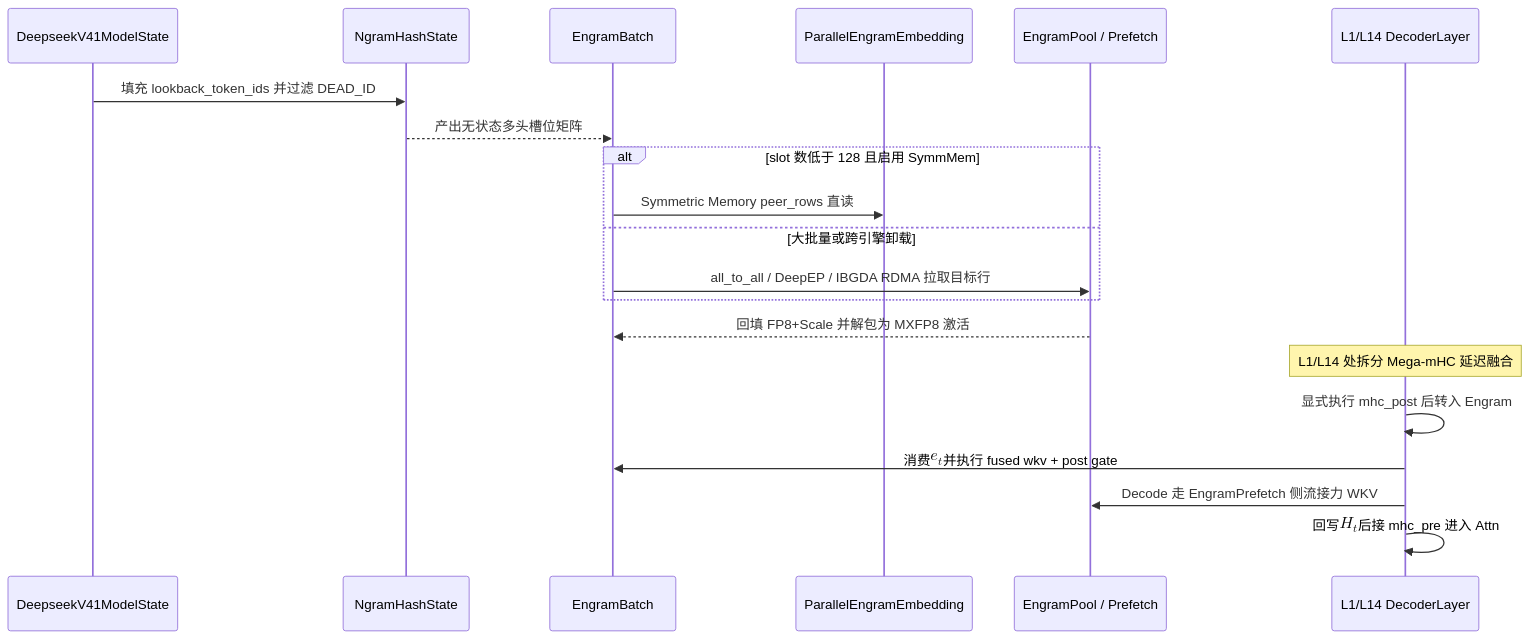
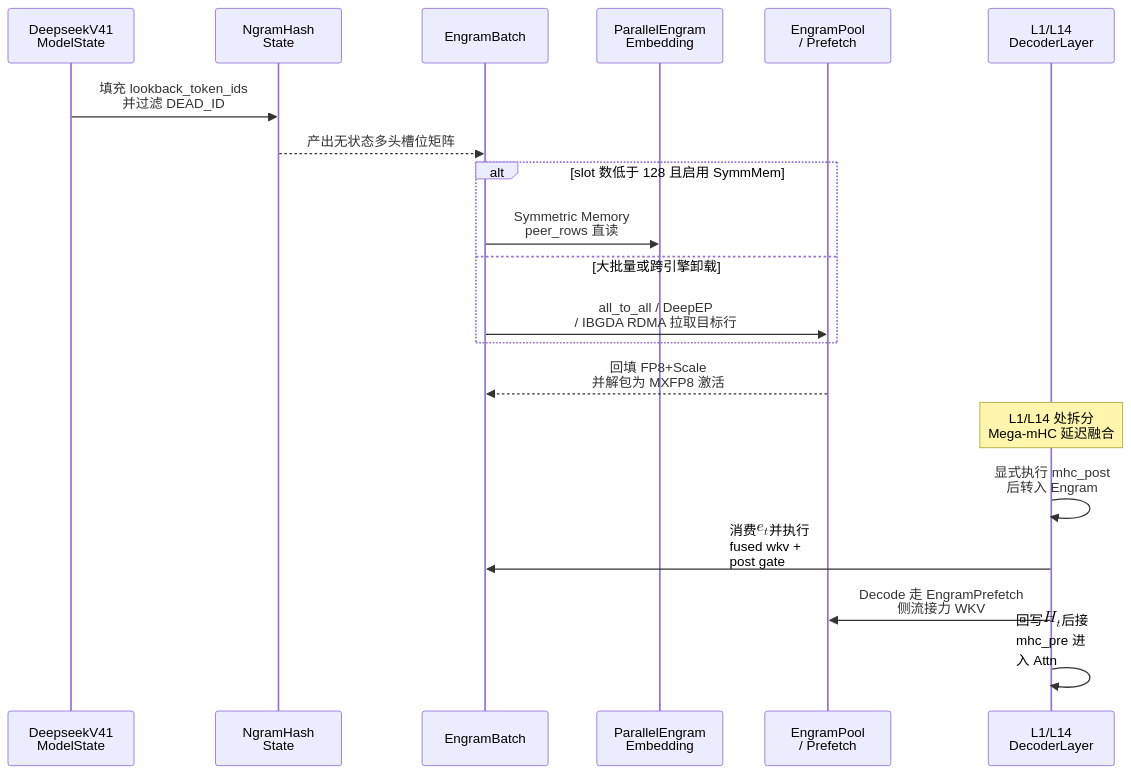
Before and after one commit to xingcanlee/infra-note: the second of 4 diagrams in src/content/posts/deepseek/07-engram/index.mdx, drawn with Mermaid. The commit also changed other lines of this file and 7 other files, not shown here.

Commit message:
chore(deps): upgrade astro-wisp to 0.7.2 and refine math/diagram/table layouts

````diff
--- a/src/content/posts/deepseek/07-engram/index.mdx
+++ b/src/content/posts/deepseek/07-engram/index.mdx
@@ -476,23 +495,23 @@
 ```mermaid caption="图 14：vllm@99b0b0b0 一次前向推理的 Engram 状态流转与分布式调度链路"
 sequenceDiagram
-    participant Runner as DeepseekV41ModelState
-    participant Hash as NgramHashState
+    participant Runner as DeepseekV41<br/>ModelState
+    participant Hash as NgramHash<br/>State
     participant Batch as EngramBatch
-    participant Emb as ParallelEngramEmbedding
-    participant Pool as EngramPool / Prefetch
-    participant Layer as L1/L14 DecoderLayer
+    participant Emb as ParallelEngram<br/>Embedding
+    participant Pool as EngramPool<br/>/ Prefetch
+    participant Layer as L1/L14<br/>DecoderLayer
 
-    Runner->>Hash: 填充 lookback_token_ids 并过滤 DEAD_ID
+    Runner->>Hash: 填充 lookback_token_ids<br/>并过滤 DEAD_ID
     Hash-->>Batch: 产出无状态多头槽位矩阵
     alt slot 数低于 128 且启用 SymmMem
-        Batch->>Emb: Symmetric Memory peer_rows 直读
+        Batch->>Emb: Symmetric Memory<br/>peer_rows 直读
     else 大批量或跨引擎卸载
-        Batch->>Pool: all_to_all / DeepEP / IBGDA RDMA 拉取目标行
+        Batch->>Pool: all_to_all / DeepEP<br/>/ IBGDA RDMA 拉取目标行
     end
-    Pool-->>Batch: 回填 FP8+Scale 并解包为 MXFP8 激活
-    Note over Layer: L1/L14 处拆分 Mega-mHC 延迟融合
-    Layer->>Layer: 显式执行 mhc_post 后转入 Engram
-    Layer->>Batch: 消费 $$e_t$$ 并执行 fused wkv + post gate
-    Layer->>Pool: Decode 走 EngramPrefetch 侧流接力 WKV
-    Layer->>Layer: 回写 $$H_t$$ 后接 mhc_pre 进入 Attn
+    Pool-->>Batch: 回填 FP8+Scale<br/>并解包为 MXFP8 激活
+    Note over Layer: L1/L14 处拆分<br/>Mega-mHC 延迟融合
+    Layer->>Layer: 显式执行 mhc_post<br/>后转入 Engram
+    Layer->>Batch: 消费 $$e_t$$ 并执行<br/>fused wkv + post gate
+    Layer->>Pool: Decode 走 EngramPrefetch<br/>侧流接力 WKV
+    Layer->>Layer: 回写 $$H_t$$ 后接<br/>mhc_pre 进入 Attn
 ```
````
